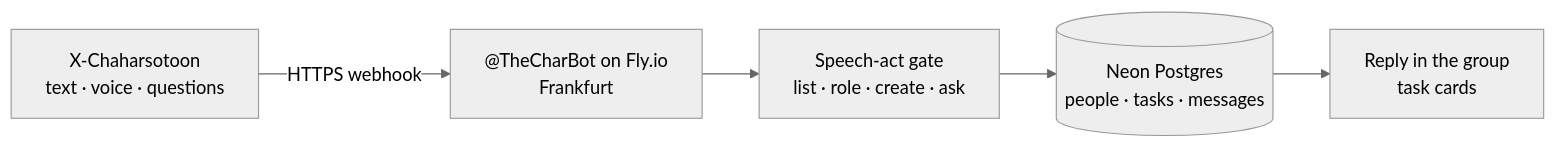
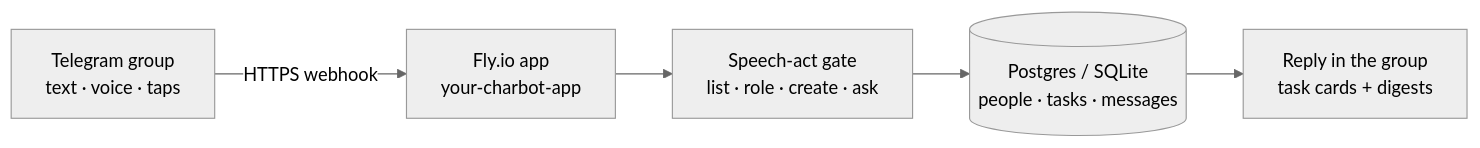
One commit to kvmmn/charbot changed the first of 4 diagrams in README.md. Above: the diagram before and after it, drawn with Mermaid (neutral theme). The commit also changed other lines of this file and 38 other files, not shown here.

````diff
--- a/README.md
+++ b/README.md
@@ -26,7 +15,7 @@
 ```mermaid
 flowchart LR
-  A[X-Chaharsotoon<br/>text · voice · questions] -->|HTTPS webhook| B["@TheCharBot on Fly.io<br/>Frankfurt"]
+  A[Telegram group<br/>text · voice · taps] -->|HTTPS webhook| B[Fly.io app<br/>your-charbot-app]
   B --> C[Speech-act gate<br/>list · role · create · ask]
-  C --> D[(Neon Postgres<br/>people · tasks · messages)]
-  D --> E[Reply in the group<br/>task cards]
+  C --> D[(Postgres / SQLite<br/>people · tasks · messages)]
+  D --> E[Reply in the group<br/>task cards + digests]
 ```
````
